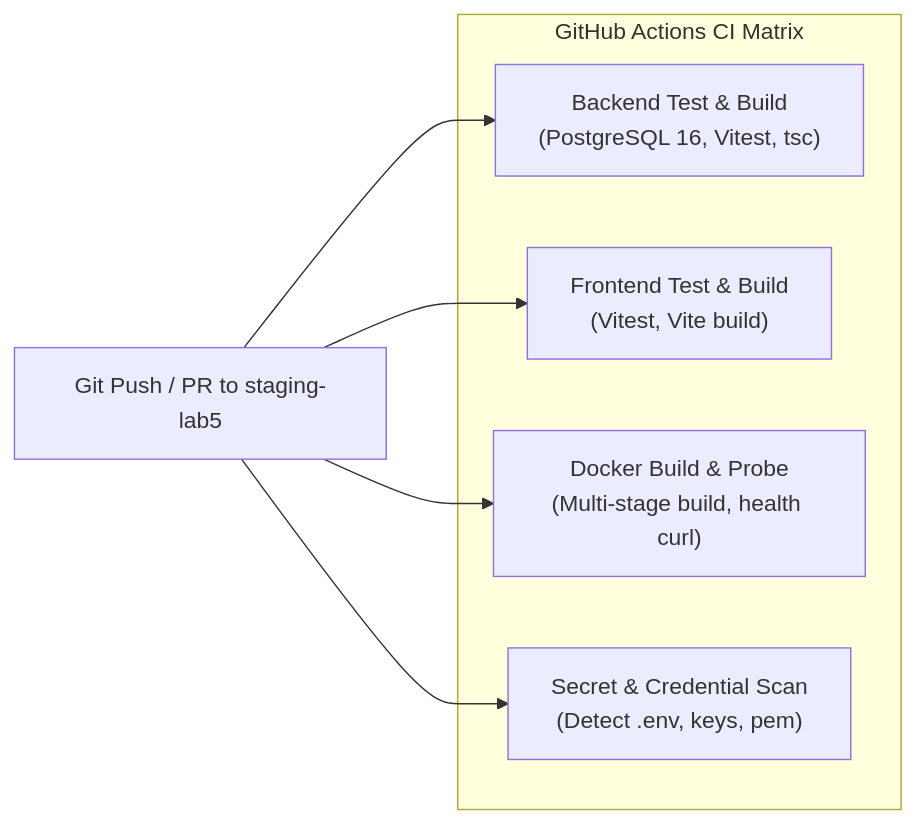
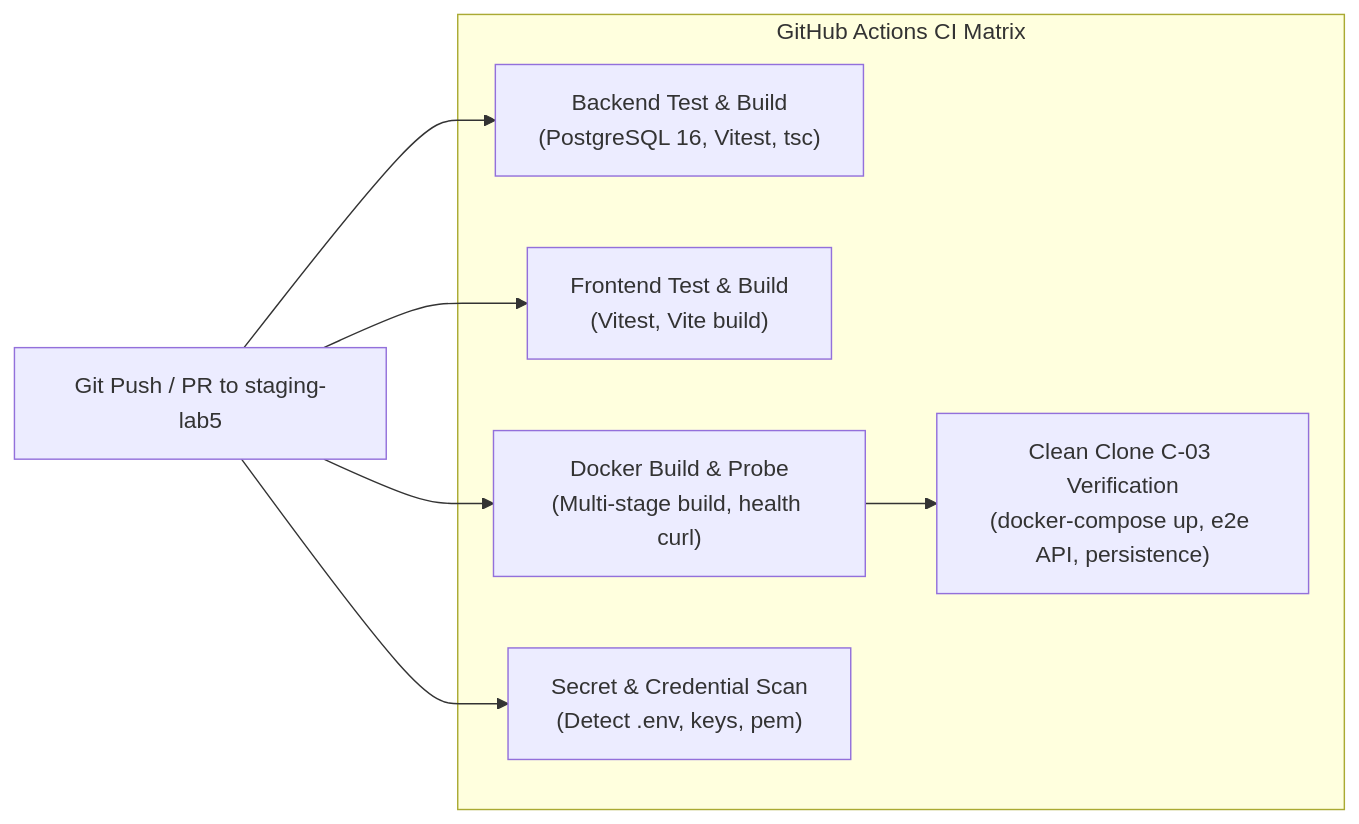
Before and after one commit to Pilaiwan3492/Whatsss-PMandELS: the second of 2 diagrams in docs/labs/lab-05/deployment.md, drawn with Mermaid. The commit also changed other lines of this file and 7 other files, not shown here.

Commit message:
fix(security/c03): reject template secret placeholders, require compose secrets, add health and ready check, and add C-03 clean-clone CI job

````diff
--- a/docs/labs/lab-05/deployment.md
+++ b/docs/labs/lab-05/deployment.md
@@ -584,16 +598,18 @@
 ```mermaid
 flowchart LR
     PushOrPR["Git Push / PR to staging-lab5"]
     
     subgraph CIJobs ["GitHub Actions CI Matrix"]
         BackendJob["Backend Test & Build<br/>(PostgreSQL 16, Vitest, tsc)"]
         FrontendJob["Frontend Test & Build<br/>(Vitest, Vite build)"]
         DockerJob["Docker Build & Probe<br/>(Multi-stage build, health curl)"]
+        CleanCloneJob["Clean Clone C-03 Verification<br/>(docker-compose up, e2e API, persistence)"]
         SecurityJob["Secret & Credential Scan<br/>(Detect .env, keys, pem)"]
     end
     
     PushOrPR --> BackendJob
     PushOrPR --> FrontendJob
     PushOrPR --> DockerJob
+    DockerJob --> CleanCloneJob
     PushOrPR --> SecurityJob
 ```
````
